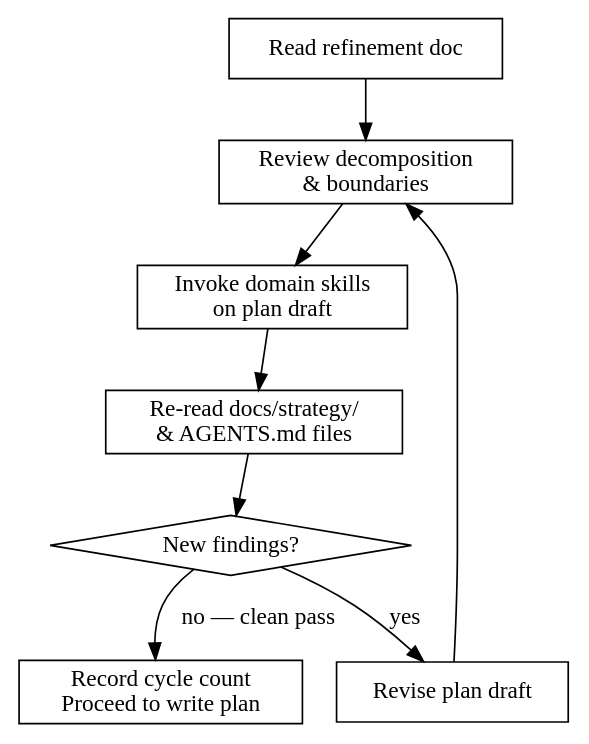
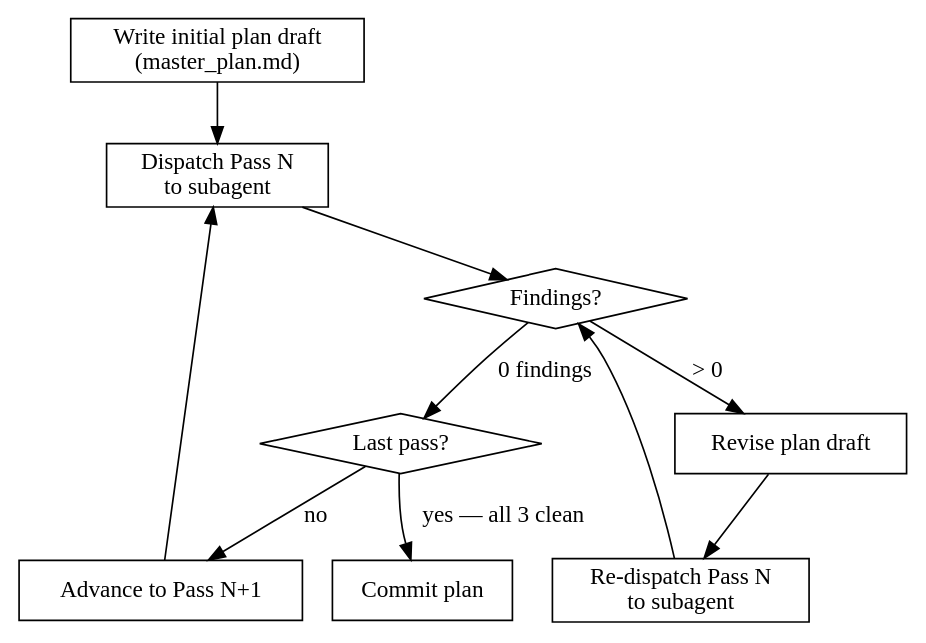
One commit to iadknet/petri changed the diagram in .claude/skills/feature-3-plan/SKILL.md. Above: the diagram before and after it, drawn with Graphviz. The commit also changed other lines of this file and 8 other files, not shown here.

````diff
--- a/.claude/skills/feature-3-plan/SKILL.md
+++ b/.claude/skills/feature-3-plan/SKILL.md
@@ -26,14 +35,17 @@
 ```dot
-digraph arch_review {
+digraph review_flow {
   rankdir=TB;
   node [shape=box];
-  "Read refinement doc" -> "Review decomposition\n& boundaries";
-  "Review decomposition\n& boundaries" -> "Invoke domain skills\non plan draft";
-  "Invoke domain skills\non plan draft" -> "Re-read docs/strategy/\n& AGENTS.md files";
-  "Re-read docs/strategy/\n& AGENTS.md files" -> "New findings?";
-  "New findings?" [shape=diamond];
-  "New findings?" -> "Revise plan draft" [label="yes"];
-  "Revise plan draft" -> "Review decomposition\n& boundaries";
-  "New findings?" -> "Record cycle count\nProceed to write plan" [label="no — clean pass"];
+  "Write initial plan draft\n(master_plan.md)" -> "Dispatch Pass N\nto subagent";
+  "Dispatch Pass N\nto subagent" -> "Findings?";
+  "Findings?" [shape=diamond];
+  "Findings?" -> "Revise plan draft" [label="> 0"];
+  "Revise plan draft" -> "Re-dispatch Pass N\nto subagent";
+  "Re-dispatch Pass N\nto subagent" -> "Findings?";
+  "Findings?" -> "Last pass?" [label="0 findings"];
+  "Last pass?" [shape=diamond];
+  "Last pass?" -> "Advance to Pass N+1" [label="no"];
+  "Advance to Pass N+1" -> "Dispatch Pass N\nto subagent";
+  "Last pass?" -> "Commit plan" [label="yes — all 3 clean"];
 }
 ```
````
